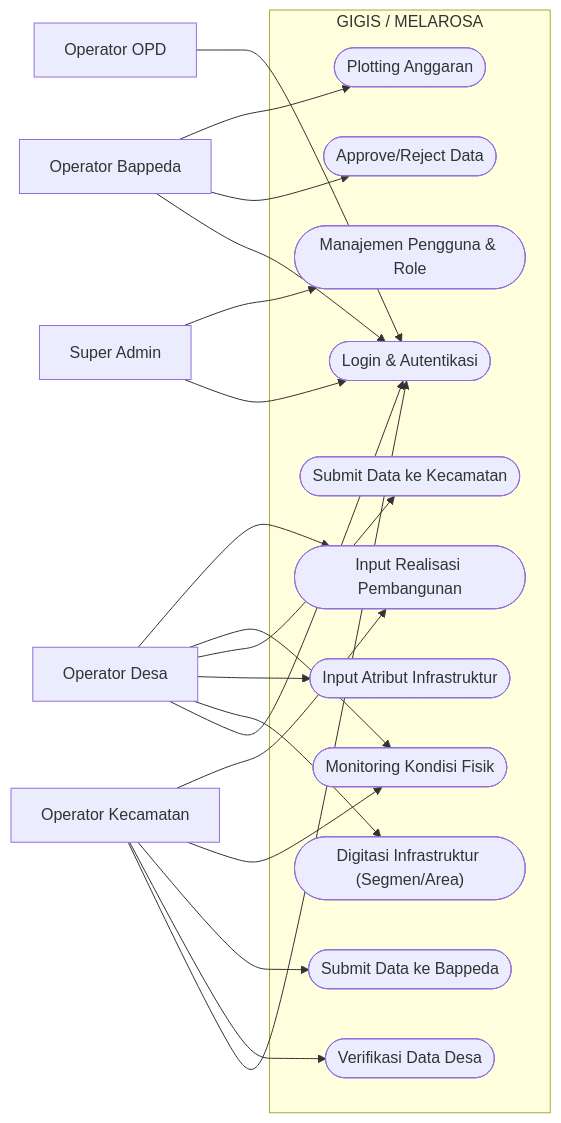
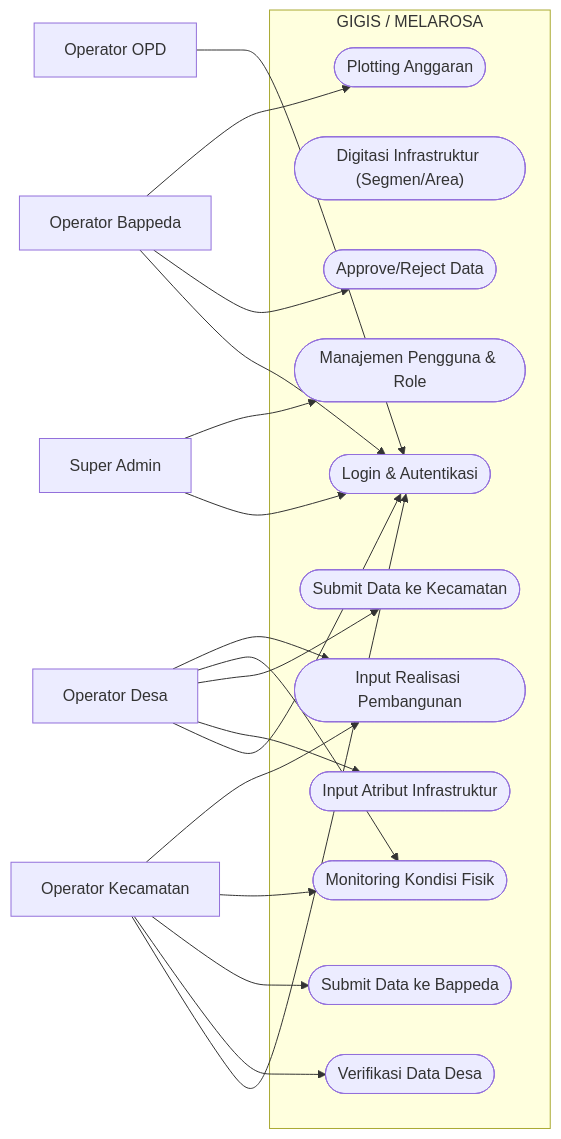
The diagram in 03-use-cases/README.md (rozakrmdhn/gigis-arsitektur), drawn with Mermaid before and after one commit. The commit also changed 1 other file, not shown here.

Commit message:
docs: hapus kewenangan digitasi spasial dari Operator Desa

````diff
--- a/03-use-cases/README.md
+++ b/03-use-cases/README.md
@@ -7,50 +7,49 @@
 ```mermaid
 flowchart LR
     %% Actors
     OD["Operator Desa"]
     OK["Operator Kecamatan"]
     OB["Operator Bappeda"]
     OP["Operator OPD"]
     SA["Super Admin"]
 
     subgraph "GIGIS / MELAROSA"
         UC1(["Login & Autentikasi"])
         
         UC2(["Digitasi Infrastruktur (Segmen/Area)"])
         UC3(["Input Atribut Infrastruktur"])
         UC4(["Submit Data ke Kecamatan"])
         
         UC5(["Verifikasi Data Desa"])
         UC6(["Submit Data ke Bappeda"])
         
         UC7(["Approve/Reject Data"])
         UC8(["Plotting Anggaran"])
         
         UC9(["Monitoring Kondisi Fisik"])
         UC10(["Input Realisasi Pembangunan"])
         
         UC11(["Manajemen Pengguna & Role"])
     end
 
     OD --> UC1
     OK --> UC1
     OB --> UC1
     OP --> UC1
     SA --> UC1
 
-    OD --> UC2
     OD --> UC3
     OD --> UC4
     OD --> UC9
     OD --> UC10
 
     OK --> UC5
     OK --> UC6
     OK --> UC9
     OK --> UC10
 
     OB --> UC7
     OB --> UC8
 
     SA --> UC11
 ```
````
